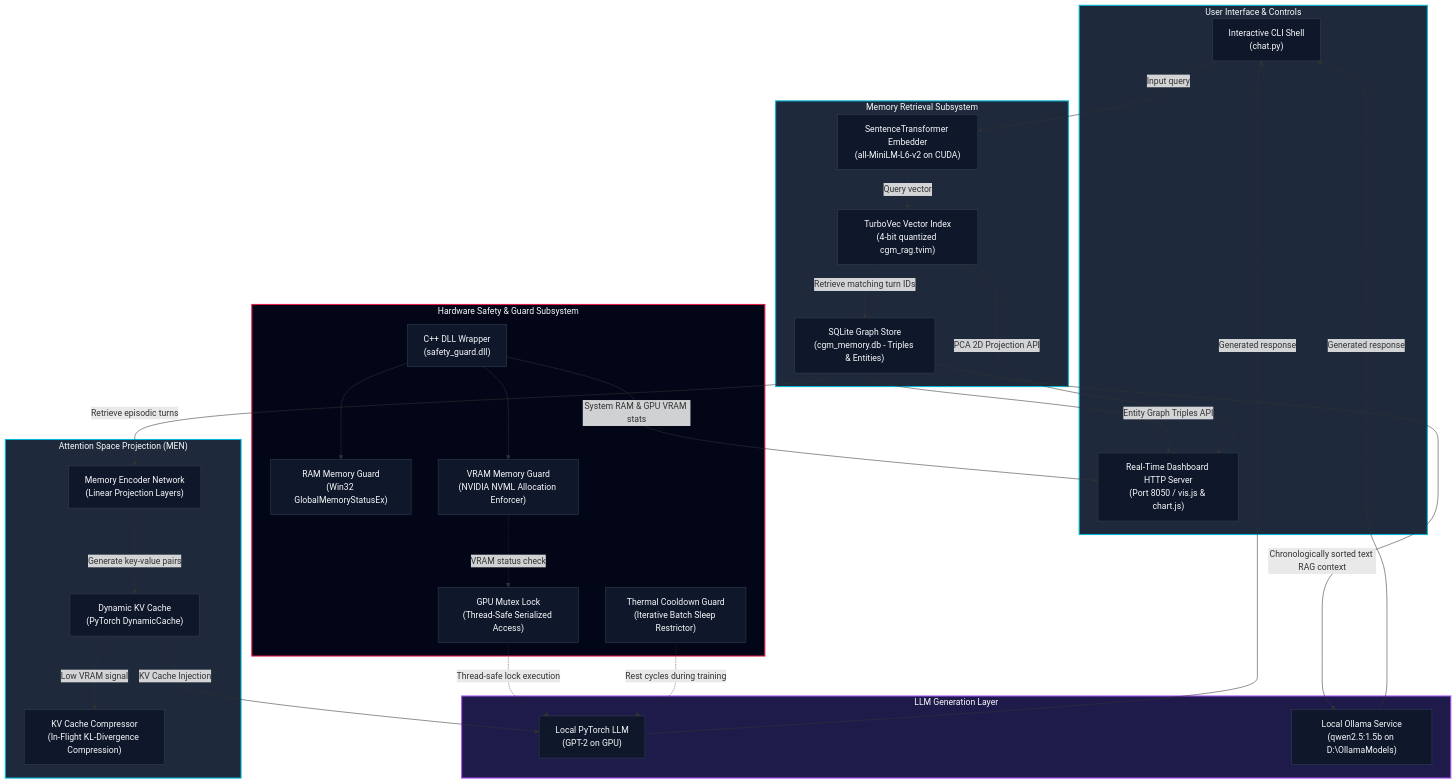
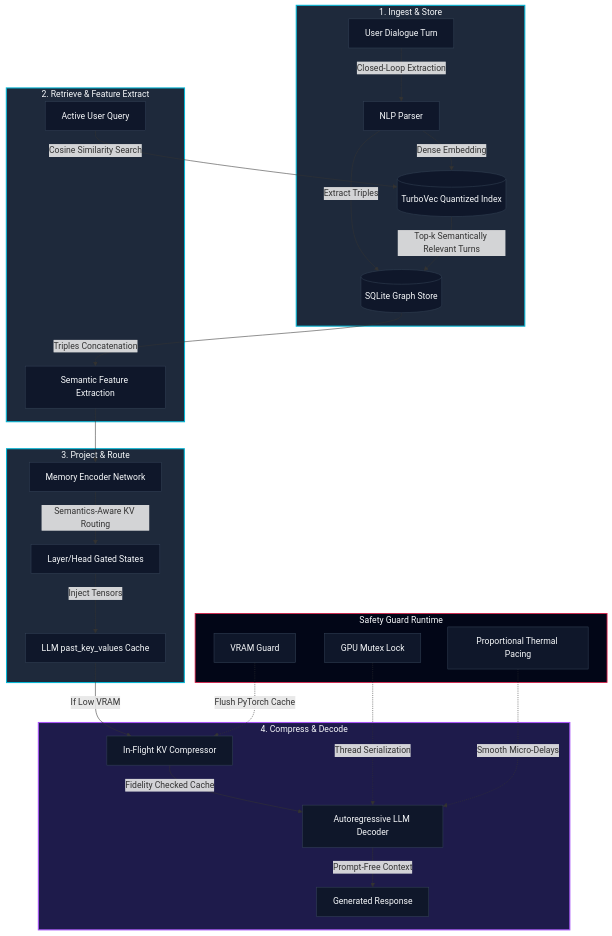
One commit to LovekeshAnand/Nyxen-Memory changed the diagram in README.md. Above: the diagram before and after it, drawn with Mermaid. The commit also changed other lines of this file and 16 other files, not shown here.

````diff
--- a/README.md
+++ b/README.md
@@ -13,70 +13,43 @@
 ```mermaid
-graph TD
+flowchart TD
     %% Styling Definitions
     classDef default fill:#0f172a,stroke:#334155,stroke-width:1px,color:#f8fafc;
     classDef container fill:#1e293b,stroke:#06b6d4,stroke-width:2px,color:#f8fafc;
     classDef active fill:#1e1b4b,stroke:#a855f7,stroke-width:2px,color:#f8fafc;
-    classDef hardware fill:#020617,stroke:#e11d48,stroke-width:2px,color:#f8fafc;
+    classDef hardware fill:#020617,stroke:#e11d48,stroke-width:1.5px,color:#f8fafc;
 
-    subgraph UserInterface["User Interface & Controls"]
-        Shell["Interactive CLI Shell<br/>(chat.py)"]
-        WebDash["Real-Time Dashboard HTTP Server<br/>(Port 8050 / vis.js & chart.js)"]
+    subgraph Phase1["1. Ingest & Store"]
+        A[User Dialogue Turn] -->|Closed-Loop Extraction| B[NLP Parser]
+        B -->|Extract Triples| C[(SQLite Graph Store)]
+        B -->|Dense Embedding| D[(TurboVec Quantized Index)]
     end
-    class UserInterface container;
+    class Phase1 container;
 
-    subgraph MemoryRetrieval["Memory Retrieval Subsystem"]
-        Embedder["SentenceTransformer Embedder<br/>(all-MiniLM-L6-v2 on CUDA)"]
-        Index["TurboVec Vector Index<br/>(4-bit quantized cgm_rag.tvim)"]
-        SQLStore["SQLite Graph Store<br/>(cgm_memory.db - Triples & Entities)"]
+    subgraph Phase2["2. Retrieve & Feature Extract"]
+        E[Active User Query] -->|Cosine Similarity Search| D
+        D -->|Top-k Semantically Relevant Turns| C
+        C -->|Triples Concatenation| F[Semantic Feature Extraction]
     end
-    class MemoryRetrieval container;
+    class Phase2 container;
 
-    subgraph AttentionProjection["Attention Space Projection (MEN)"]
-        MEN["Memory Encoder Network<br/>(Linear Projection Layers)"]
-        KVCache["Dynamic KV Cache<br/>(PyTorch DynamicCache)"]
-        Compressor["KV Cache Compressor<br/>(In-Flight KL-Divergence Compression)"]
+    subgraph Phase3["3. Project & Route"]
+        F --> G[Memory Encoder Network]
+        G -->|Semantics-Aware KV Routing| H[Layer/Head Gated States]
+        H -->|Inject Tensors| I[LLM past_key_values Cache]
     end
-    class AttentionProjection container;
+    class Phase3 container;
 
-    subgraph LLMExecution["LLM Generation Layer"]
-        LocalLLM["Local PyTorch LLM<br/>(GPT-2 on GPU)"]
-        OllamaLLM["Local Ollama Service<br/>(qwen2.5:1.5b on D:\OllamaModels)"]
+    subgraph Phase4["4. Compress & Decode"]
+        I -->|If Low VRAM| J[In-Flight KV Compressor]
+        J -->|Fidelity Checked Cache| K[Autoregressive LLM Decoder]
+        K -->|Prompt-Free Context| L[Generated Response]
     end
-    class LLMExecution active;
+    class Phase4 active;
 
-    subgraph SafetyLayer["Hardware Safety & Guard Subsystem"]
-        Win32NVML["C++ DLL Wrapper<br/>(safety_guard.dll)"]
-        RAMGuard["RAM Memory Guard<br/>(Win32 GlobalMemoryStatusEx)"]
-        VRAMGuard["VRAM Memory Guard<br/>(NVIDIA NVML Allocation Enforcer)"]
-        ThermalGuard["Thermal Cooldown Guard<br/>(Iterative Batch Sleep Restrictor)"]
-        GPULock["GPU Mutex Lock<br/>(Thread-Safe Serialized Access)"]
+    subgraph Safety["Safety Guard Runtime"]
+        S1[GPU Mutex Lock] -.->|Thread Serialization| K
+        S2[VRAM Guard] -.->|Flush PyTorch Cache| J
+        S3[Proportional Thermal Pacing] -.->|Smooth Micro-Delays| K
     end
-    class SafetyLayer hardware;
-
-    %% Connections
-    Shell -->|Input query| Embedder
-    Embedder -->|Query vector| Index
-    Index -->|Retrieve matching turn IDs| SQLStore
-    
-    SQLStore -->|Retrieve episodic turns| MEN
-    MEN -->|Generate key-value pairs| KVCache
-    KVCache -->|Low VRAM signal| Compressor
-    
-    KVCache -->|KV Cache Injection| LocalLLM
-    SQLStore -->|Chronologically sorted text RAG context| OllamaLLM
-    
-    LocalLLM -->|Generated response| Shell
-    OllamaLLM -->|Generated response| Shell
-    
-    %% Safety Locks Monitoring
-    Win32NVML --> RAMGuard
-    Win32NVML --> VRAMGuard
-    VRAMGuard -.->|VRAM status check| GPULock
-    GPULock -.->|Thread-safe lock execution| LocalLLM
-    ThermalGuard -.->|Rest cycles during training| LocalLLM
-
-    %% Dashboard Connections
-    SQLStore -->|Entity Graph Triples API| WebDash
-    Index -->|PCA 2D Projection API| WebDash
-    Win32NVML -->|System RAM & GPU VRAM stats| WebDash
+    class Safety hardware;
 ```
````
